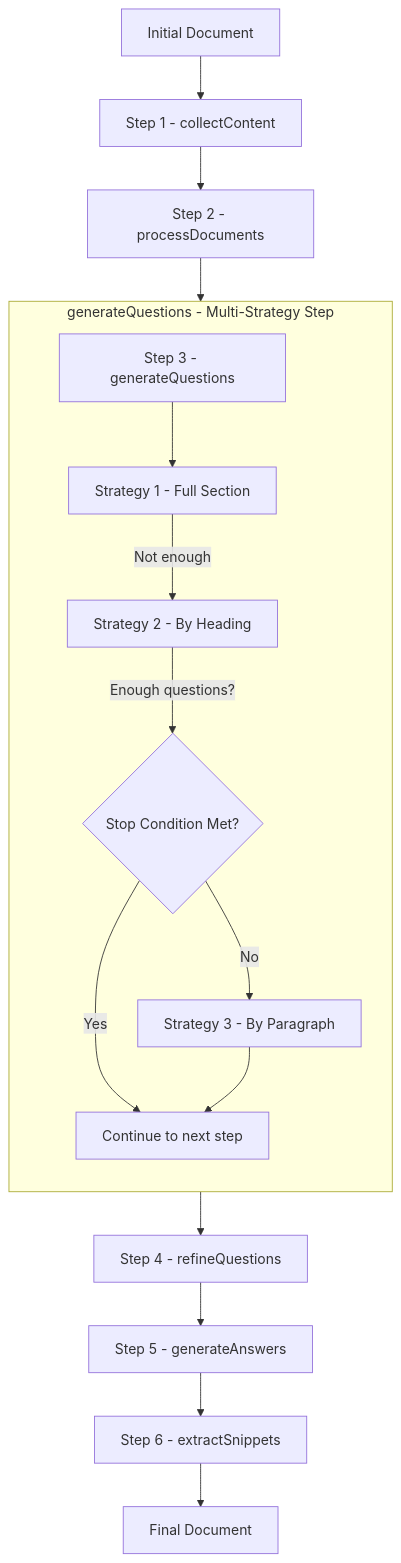
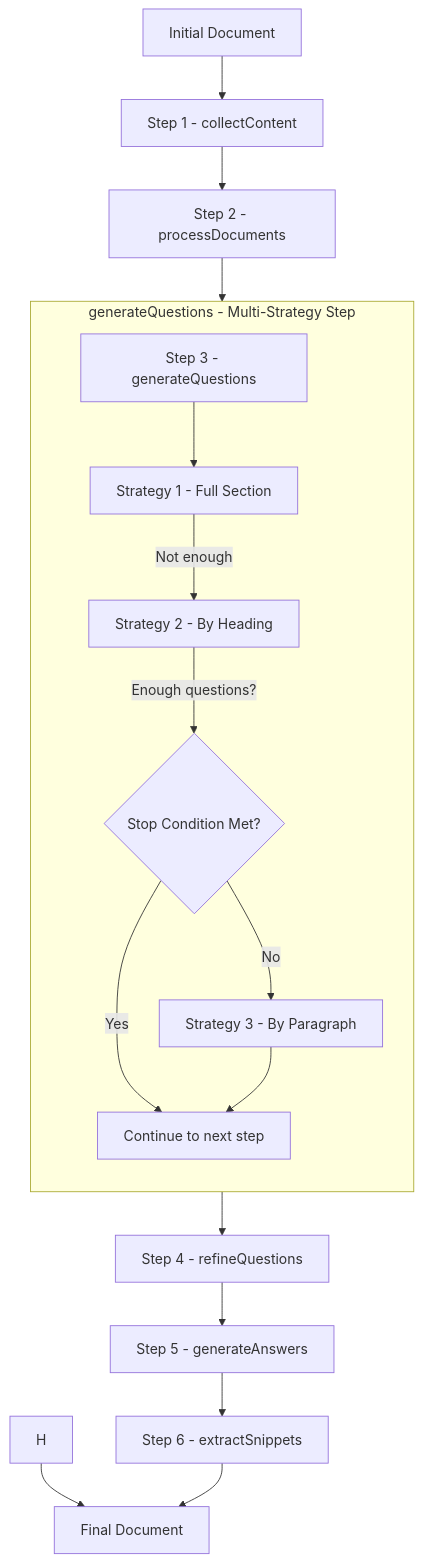
Before and after one commit to pipewrk/llm-core: the first of 4 diagrams in PIPELINE.md, drawn with Mermaid. The commit also changed 1 other file, not shown here.

Commit message:
chore: corrected types in pipeline

````diff
--- a/PIPELINE.md
+++ b/PIPELINE.md
@@ -9,23 +9,24 @@
 ```mermaid
 flowchart TD
     A[Initial Document] --> S1[Step 1 - collectContent]
     S1 --> S2[Step 2 - processDocuments]
     S2 --> GQ[Step 3 - generateQuestions]
 
     %% Multi-strategy logic inside Step 3
     subgraph StrategyFlow [generateQuestions - Multi-Strategy Step]
         direction TB
         GQ --> E1[Strategy 1 - Full Section]
         E1 -->|Not enough| E2[Strategy 2 - By Heading]
         E2 -->|Enough questions?| SC{Stop Condition Met?}
         SC -- Yes --> CONT[Continue to next step]
         SC -- No --> E3[Strategy 3 - By Paragraph]
         E3 --> CONT
     end
+    H --> Z[Final Document]
 
     CONT --> S4[Step 4 - refineQuestions]
     S4 --> S5[Step 5 - generateAnswers]
     S5 --> S6[Step 6 - extractSnippets]
     S6 --> Z[Final Document]
 
 ```
````
